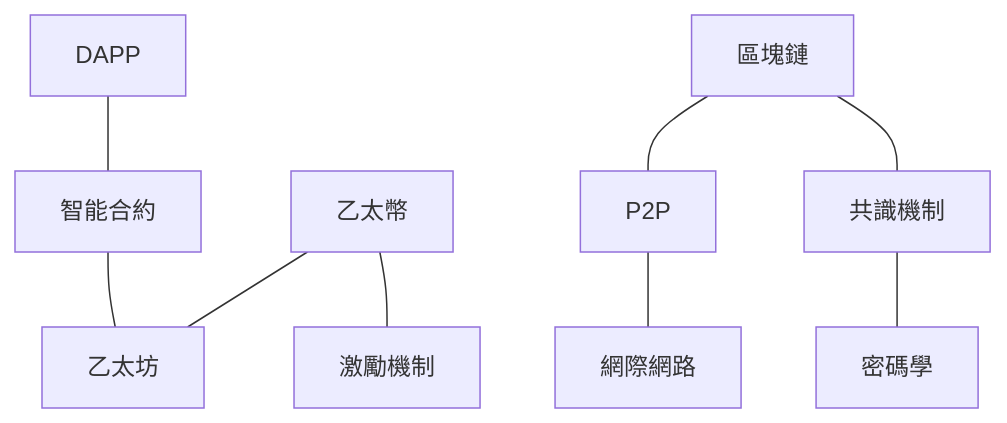
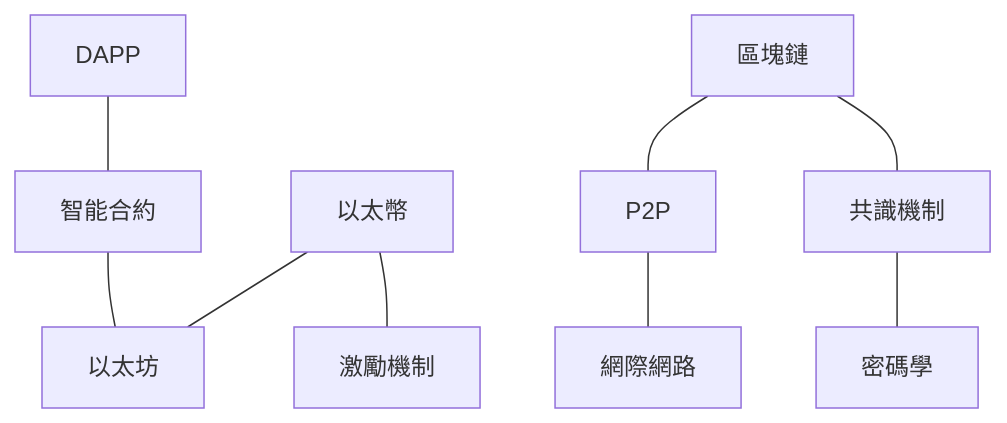
One commit to gasolin/blog changed the diagram in source/_drafts/how-ethereum-works.md. Above: the diagram before and after it, drawn with Mermaid. The commit also changed other lines of this file and 1 other file, not shown here.

```diff
--- a/source/_drafts/how-ethereum-works.md
+++ b/source/_drafts/how-ethereum-works.md
@@ -8,11 +8,11 @@
 {% mermaid %}
 graph TD
 DAPP --- 智能合約
-智能合約 --- 乙太坊
-乙太幣 --- 乙太坊
-乙太幣 --- 激勵機制
+智能合約 --- 以太坊
+以太幣 --- 以太坊
+以太幣 --- 激勵機制
 區塊鏈 --- P2P
 區塊鏈 --- 共識機制
 共識機制 --- 密碼學
 P2P --- 網際網路
 {% endmermaid %}
```
